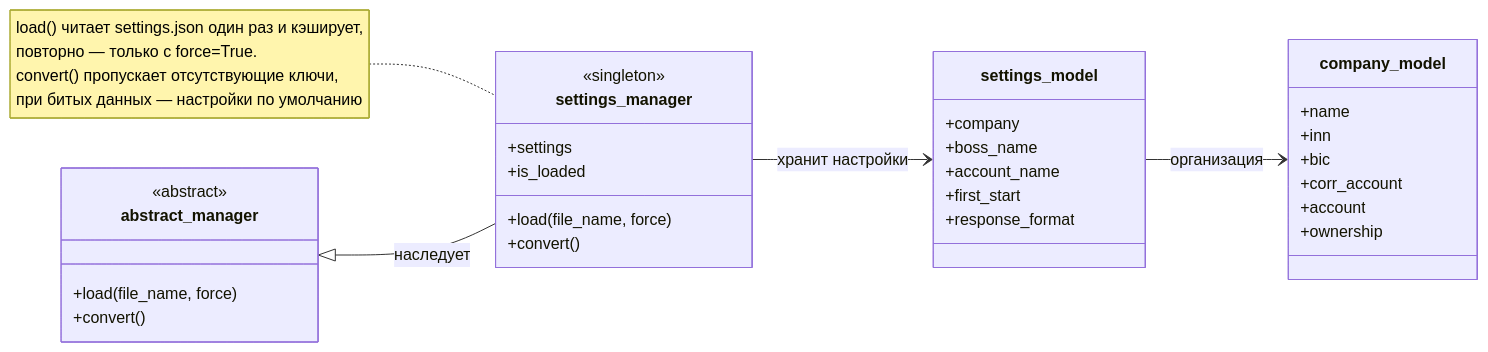
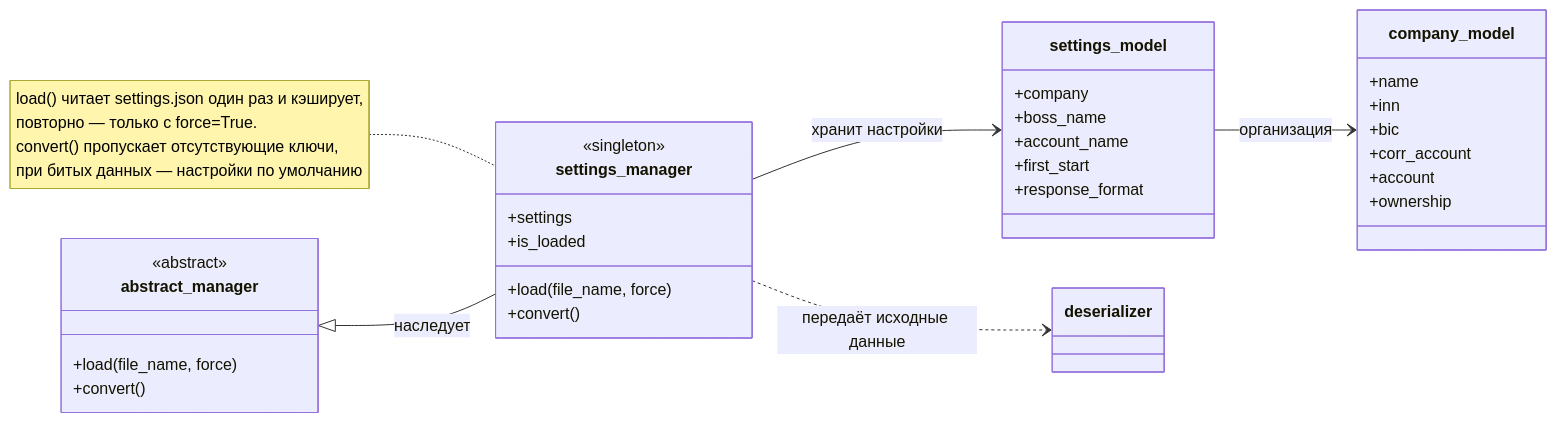
Before and after one commit to zenderio-dev/patterns_HW: the first of 6 diagrams in Docs/Uml.md, drawn with Mermaid. The commit also changed other lines of this file and 14 other files, not shown here.

````diff
--- a/Docs/Uml.md
+++ b/Docs/Uml.md
@@ -11,41 +11,42 @@
 ```mermaid
 classDiagram
     direction LR
 
     class abstract_manager {
         <<abstract>>
         +load(file_name, force)
         +convert()
     }
 
     class settings_manager {
         <<singleton>>
         +load(file_name, force)
         +convert()
         +settings
         +is_loaded
     }
 
     class settings_model {
         +company
         +boss_name
         +account_name
         +first_start
         +response_format
     }
 
     class company_model {
         +name
         +inn
         +bic
         +corr_account
         +account
         +ownership
     }
 
     abstract_manager <|-- settings_manager : наследует
+    settings_manager ..> deserializer : передаёт исходные данные
     settings_manager --> settings_model : хранит настройки
     settings_model --> company_model : организация
 
     note for settings_manager "load() читает settings.json один раз и кэширует,<br>повторно — только с force=True.<br>convert() пропускает отсутствующие ключи,<br>при битых данных — настройки по умолчанию"
 ```
````
